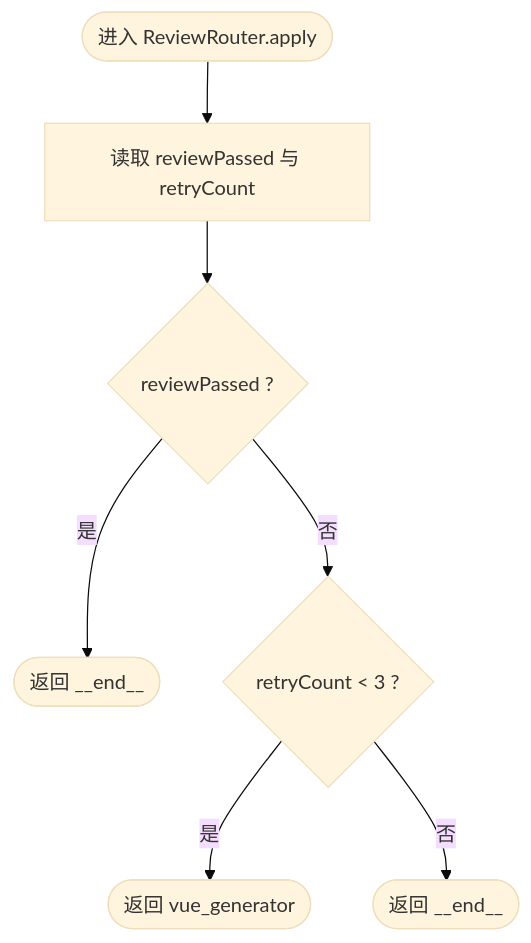
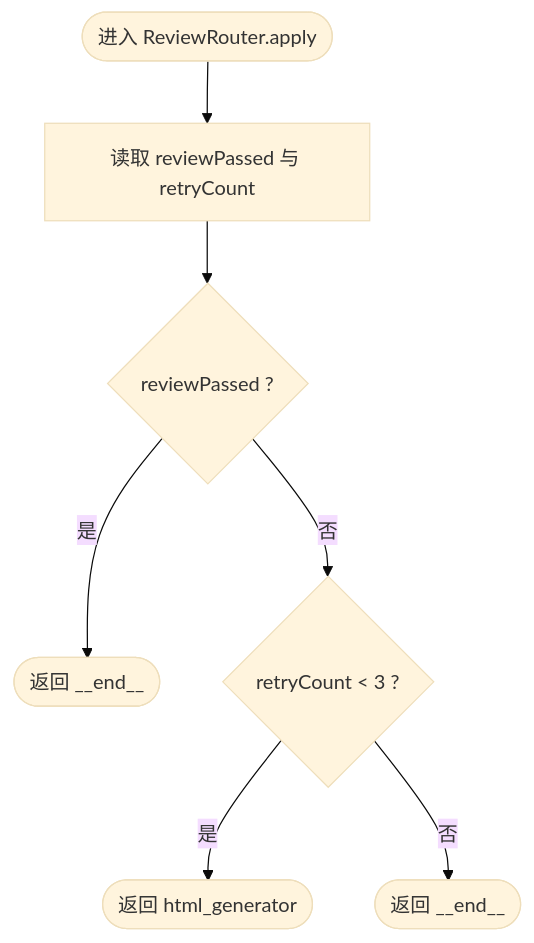
The fifth of 7 diagrams in .qoder/repowiki/zh/content/AI工作流系统/AI节点分析/代码审查节点.md (CyanYuKi/WebSiteFrontendCodeMother), drawn with Mermaid (base theme) before and after one commit. The commit also changed other lines of this file and 12 other files, not shown here.

````diff
--- a/.qoder/repowiki/zh/content/AI工作流系统/AI节点分析/代码审查节点.md
+++ b/.qoder/repowiki/zh/content/AI工作流系统/AI节点分析/代码审查节点.md
@@ -222,9 +258,9 @@
 ```mermaid
 flowchart TD
 Start(["进入 ReviewRouter.apply"]) --> ReadState["读取 reviewPassed 与 retryCount"]
 ReadState --> CheckPass{"reviewPassed ?"}
 CheckPass --> |是| End(["返回 __end__"])
 CheckPass --> |否| CheckRetry{"retryCount < 3 ?"}
-CheckRetry --> |是| Retry(["返回 vue_generator"])
+CheckRetry --> |是| Retry(["返回 html_generator"])
 CheckRetry --> |否| End2(["返回 __end__"])
 ```
````
